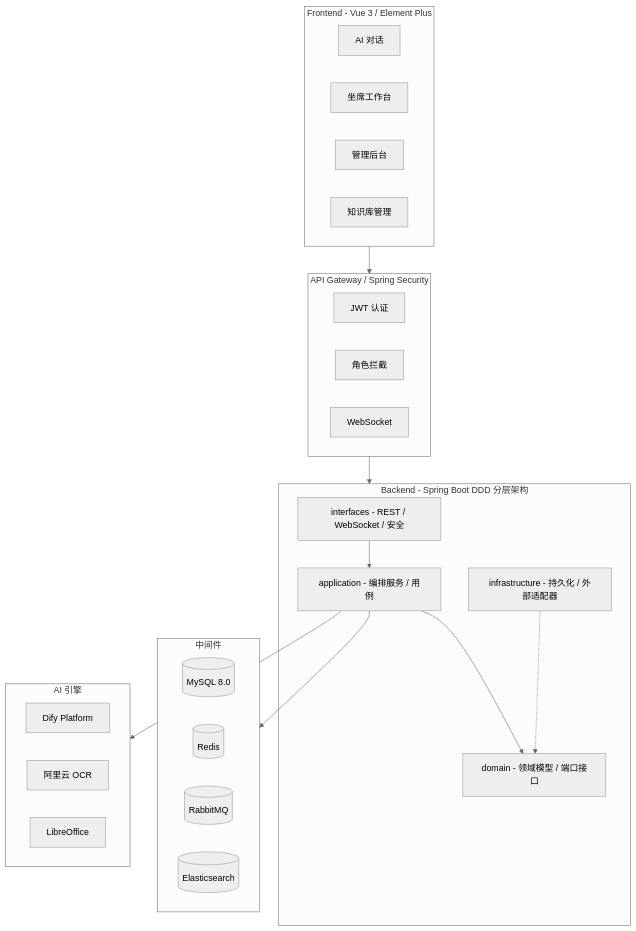
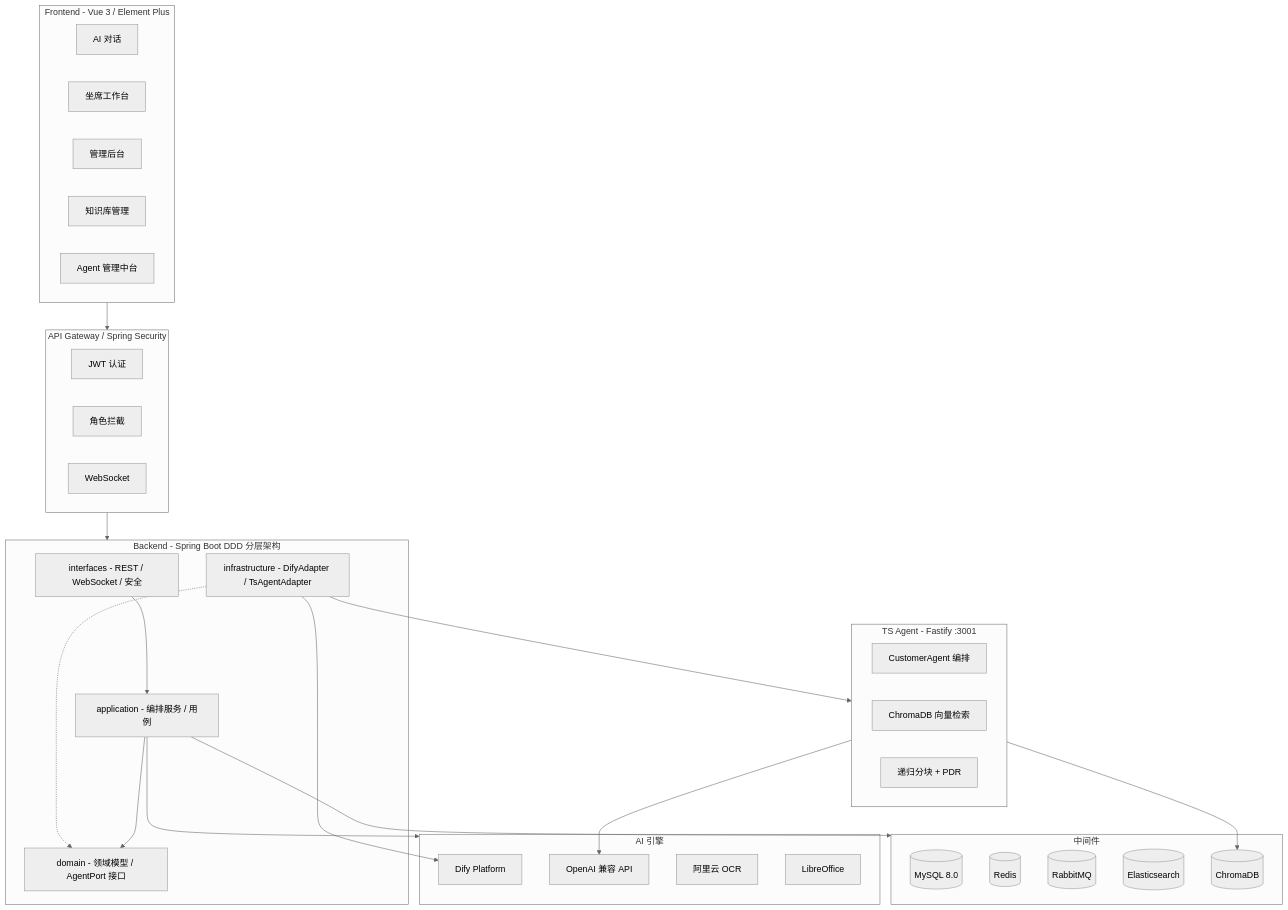
The first of 2 diagrams in README.md (Me10dy66666666/ai_customer_service), drawn with Mermaid (neutral theme) before and after one commit. The commit also changed other lines of this file and 39 other files, not shown here.

First line of the commit message:
Add TS Agent, ChromaDB & Agent Management UI

````diff
--- a/README.md
+++ b/README.md
@@ -106,43 +184,56 @@
 ```mermaid
 graph TD
     subgraph Frontend["Frontend - Vue 3 / Element Plus"]
         ChatView["AI 对话"]
         AgentDesk["坐席工作台"]
         AdminPanel["管理后台"]
         KBAdmin["知识库管理"]
+        AgentMgmt["Agent 管理中台"]
     end
 
     subgraph Gateway["API Gateway / Spring Security"]
         JWT["JWT 认证"]
         RBAC["角色拦截"]
         WS["WebSocket"]
     end
 
     subgraph Backend["Backend - Spring Boot DDD 分层架构"]
         Interfaces["interfaces - REST / WebSocket / 安全"]
         Application["application - 编排服务 / 用例"]
-        Domain["domain - 领域模型 / 端口接口"]
-        Infra["infrastructure - 持久化 / 外部适配器"]
+        Domain["domain - 领域模型 / AgentPort 接口"]
+        Infra["infrastructure - DifyAdapter / TsAgentAdapter"]
         Interfaces --> Application
         Application --> Domain
         Infra -.-> Domain
+    end
+
+    subgraph TSAgent["TS Agent - Fastify :3001"]
+        Core["CustomerAgent 编排"]
+        KBRetriever["ChromaDB 向量检索"]
+        Chunking["递归分块 + PDR"]
     end
 
     subgraph Services["中间件"]
         MySQL[("MySQL 8.0")]
         Redis[("Redis")]
         RabbitMQ[("RabbitMQ")]
         ES[("Elasticsearch")]
+        ChromaDB[("ChromaDB")]
     end
 
     subgraph AI["AI 引擎"]
         Dify["Dify Platform"]
+        OpenAI["OpenAI 兼容 API"]
         OCR["阿里云 OCR"]
         LibreOffice["LibreOffice"]
     end
 
     Frontend --> Gateway
     Gateway --> Backend
     Application --> Services
+    Infra --> Dify
+    Infra --> TSAgent
+    TSAgent --> OpenAI
+    TSAgent --> ChromaDB
     Application --> AI
 ```
````
